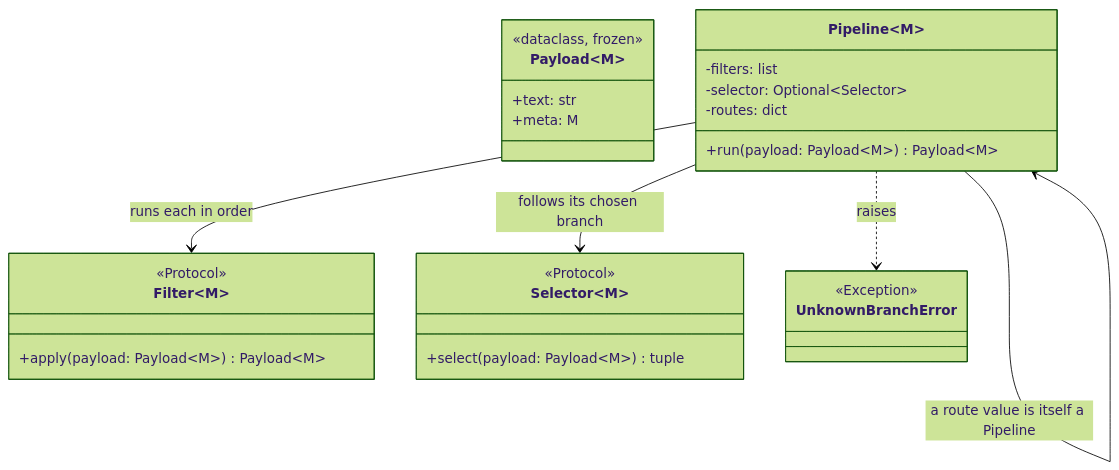
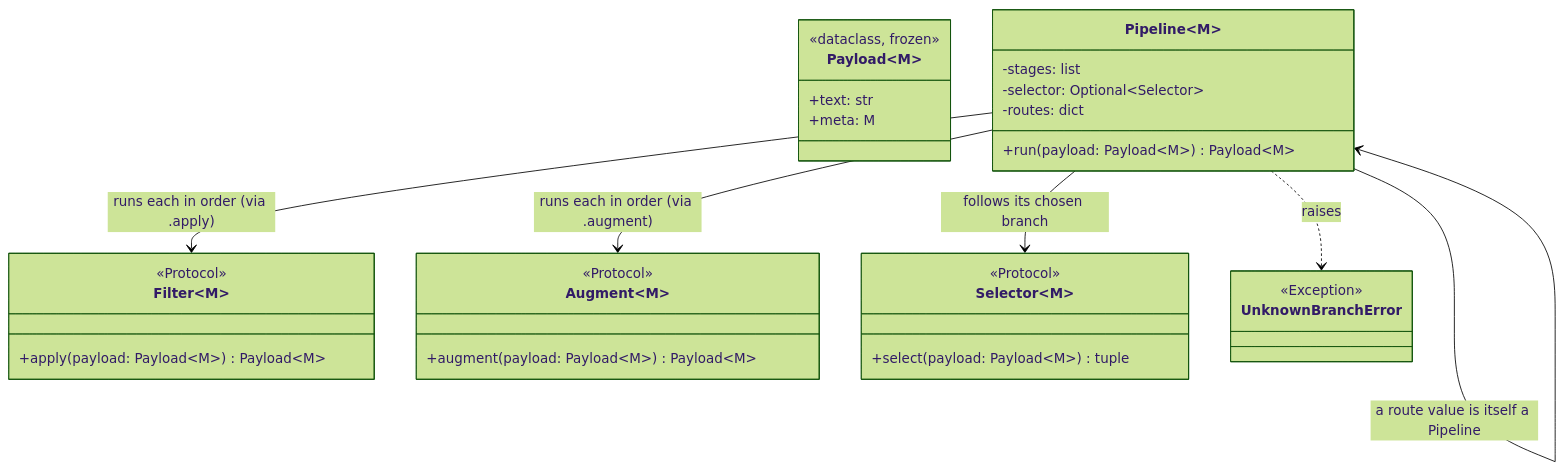
One commit to Stainless5166/friendly-octo-spork changed diagram 14 of 20 in docs/DESIGN.md. Above: the diagram before and after it, drawn with Mermaid (forest theme). The commit also changed other lines of this file, not shown here.

````diff
--- a/docs/DESIGN.md
+++ b/docs/DESIGN.md
@@ -670,28 +670,33 @@
 ```mermaid
 classDiagram
     class Payload~M~ {
         <<dataclass, frozen>>
         +text: str
         +meta: M
     }
     class Filter~M~ {
         <<Protocol>>
         +apply(payload: Payload~M~) Payload~M~
     }
+    class Augment~M~ {
+        <<Protocol>>
+        +augment(payload: Payload~M~) Payload~M~
+    }
     class Selector~M~ {
         <<Protocol>>
         +select(payload: Payload~M~) tuple
     }
     class UnknownBranchError { <<Exception>> }
     class Pipeline~M~ {
-        -filters: list
+        -stages: list
         -selector: Optional~Selector~
         -routes: dict
         +run(payload: Payload~M~) Payload~M~
     }
 
-    Pipeline --> Filter : runs each in order
+    Pipeline --> Filter : runs each in order (via .apply)
+    Pipeline --> Augment : runs each in order (via .augment)
     Pipeline --> Selector : follows its chosen branch
     Pipeline --> Pipeline : a route value is itself a Pipeline
     Pipeline ..> UnknownBranchError : raises
 ```
````
